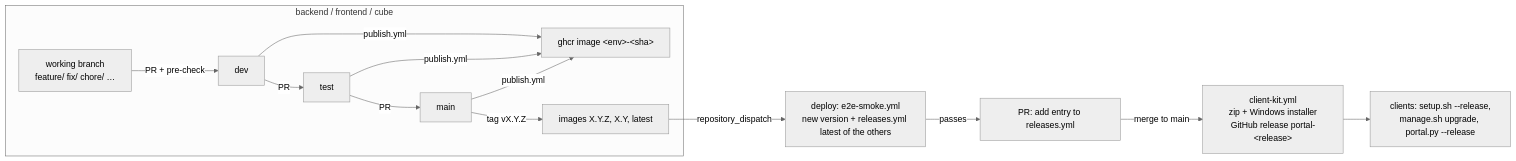
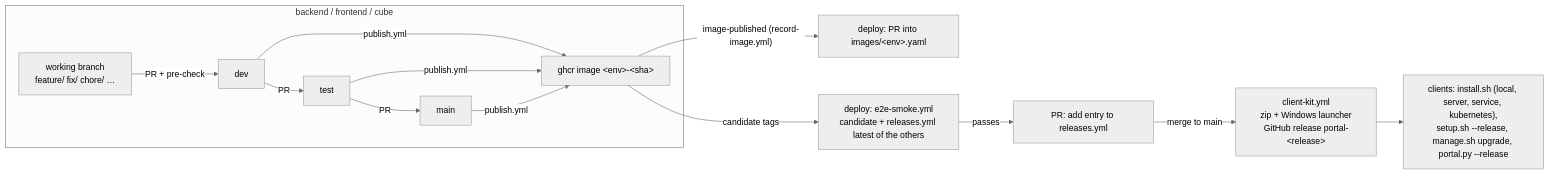
The eighth of 9 diagrams in docs/SYSTEM_GUIDE.md (omaryehia015/capgemini-dbt-portal-deploy), drawn with Mermaid (neutral theme) before and after one commit. The commit also changed other lines of this file and 88 other files, not shown here.

Commit message:
Add client install modes, Helm chart, OCI chart and release automation

````diff
--- a/docs/SYSTEM_GUIDE.md
+++ b/docs/SYSTEM_GUIDE.md
@@ -272,14 +272,14 @@
 ```mermaid
 flowchart LR
   subgraph comp["backend / frontend / cube"]
     BR["working branch<br/>feature/ fix/ chore/ …"] -->|"PR + pre-check"| DEV["dev"]
     DEV -->|"PR"| TEST["test"]
     TEST -->|"PR"| MAIN["main"]
     DEV & TEST & MAIN -->|"publish.yml"| IMG["ghcr image &lt;env&gt;-&lt;sha&gt;"]
-    MAIN -->|"tag vX.Y.Z"| REL["images X.Y.Z, X.Y, latest"]
   end
-  REL -->|"repository_dispatch"| E2E["deploy: e2e-smoke.yml<br/>new version + releases.yml latest of the others"]
+  IMG -->|"image-published (record-image.yml)"| REC["deploy: PR into images/&lt;env&gt;.yaml"]
+  IMG -->|"candidate tags"| E2E["deploy: e2e-smoke.yml<br/>candidate + releases.yml latest of the others"]
   E2E -->|"passes"| RY["PR: add entry to releases.yml"]
-  RY -->|"merge to main"| KIT["client-kit.yml<br/>zip + Windows installer<br/>GitHub release portal-&lt;release&gt;"]
-  KIT --> CL["clients: setup.sh --release,<br/>manage.sh upgrade, portal.py --release"]
+  RY -->|"merge to main"| KIT["client-kit.yml<br/>zip + Windows launcher<br/>GitHub release portal-&lt;release&gt;"]
+  KIT --> CL["clients: install.sh (local, server, service, kubernetes),<br/>setup.sh --release, manage.sh upgrade, portal.py --release"]
 ```
````
